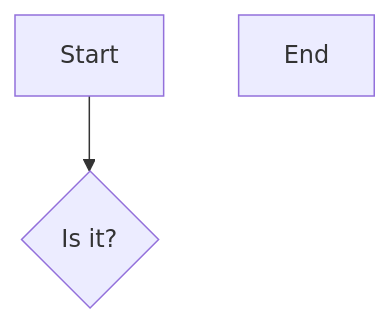
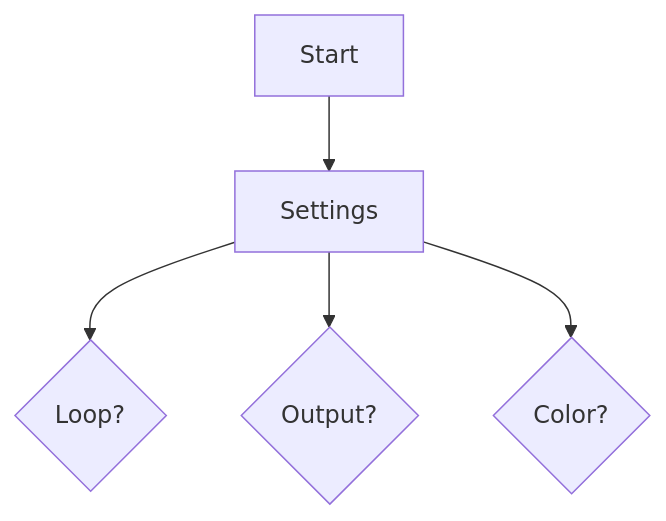
One commit to alecrabbit/php-console-spinner changed the second of 2 diagrams in doc/info/chart/bootstrap.md. Above: the diagram before and after it, drawn with Mermaid. The commit also changed 9 other files, not shown here.

````diff
--- a/doc/info/chart/bootstrap.md
+++ b/doc/info/chart/bootstrap.md
@@ -10,6 +10,7 @@
 ```mermaid
 flowchart TD
-    Start[Start]
-    Start[Start] --> IsIt{Is it?}
-    End[End]
+    A[Start] --> B[Settings] 
+    B --> C{Loop?}
+    B --> D{Output?}
+    B --> E{Color?}
 ```
````
